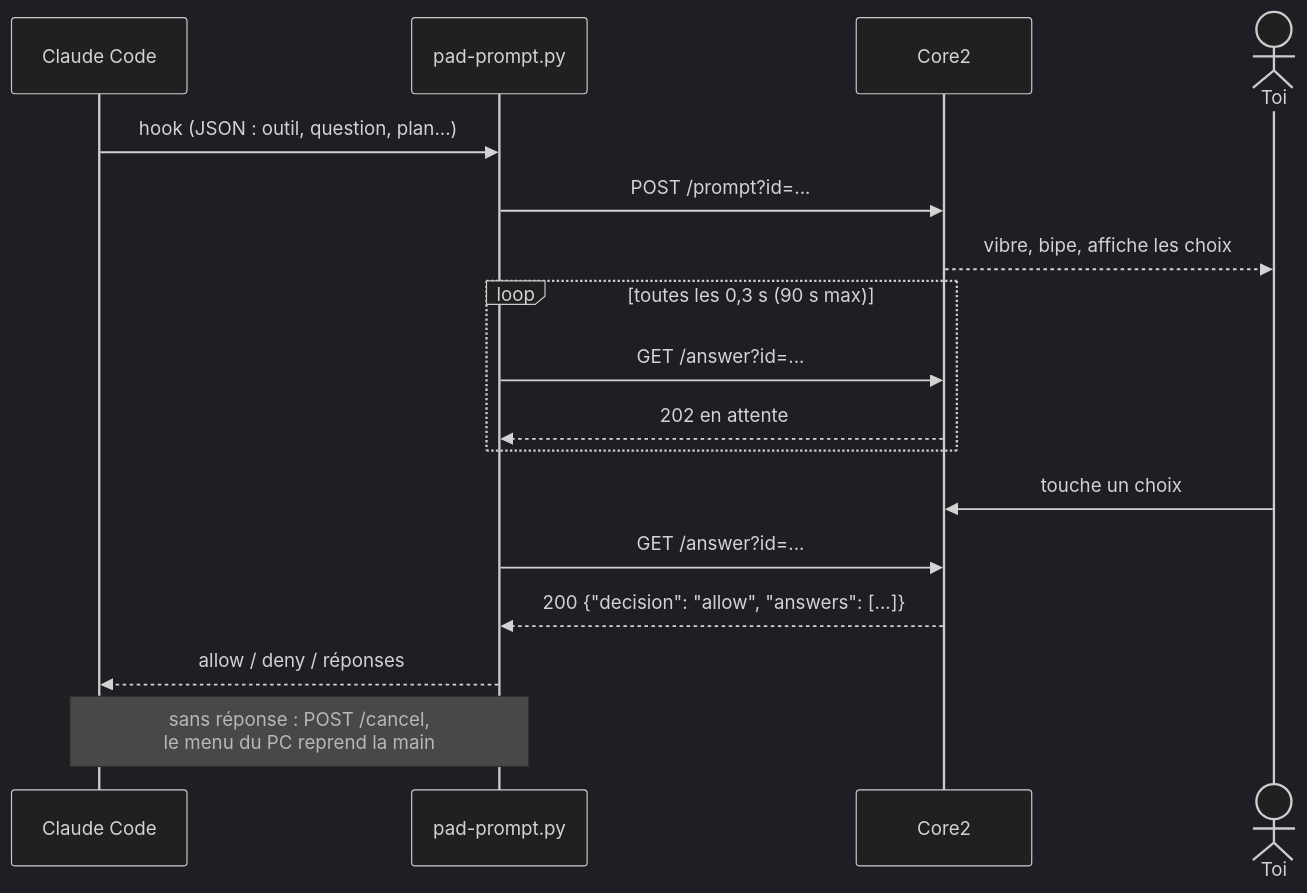
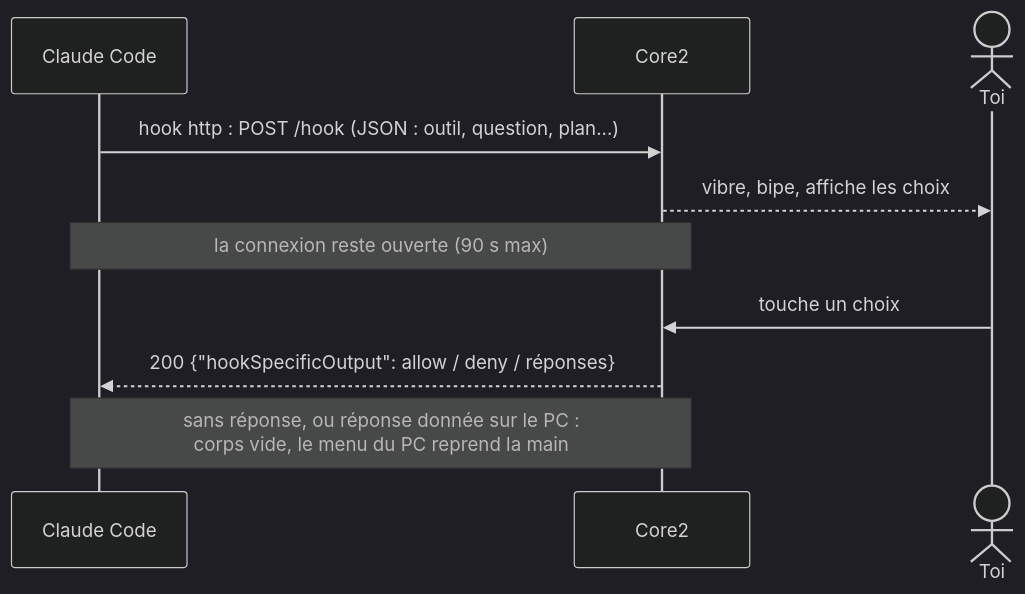
One commit to suchalouis/claude-device changed the second of 2 diagrams in README.md. Above: the diagram before and after it, drawn with Mermaid (dark theme). The commit also changed other lines of this file and 7 other files, not shown here.

First line of the commit message:
Hooks HTTP, réponse en direct avec défilement, chrono retiré

````diff
--- a/README.md
+++ b/README.md
@@ -58,19 +59,12 @@
 ```mermaid
 sequenceDiagram
   participant CC as Claude Code
-  participant P as pad-prompt.py
   participant Pad as Core2
   actor Toi
-  CC->>P: hook (JSON : outil, question, plan...)
-  P->>Pad: POST /prompt?id=...
+  CC->>Pad: hook http : POST /hook (JSON : outil, question, plan...)
   Pad-->>Toi: vibre, bipe, affiche les choix
-  loop toutes les 0,3 s (90 s max)
-    P->>Pad: GET /answer?id=...
-    Pad-->>P: 202 en attente
-  end
+  Note over CC,Pad: la connexion reste ouverte (90 s max)
   Toi->>Pad: touche un choix
-  P->>Pad: GET /answer?id=...
-  Pad-->>P: 200 {"decision": "allow", "answers": [...]}
-  P-->>CC: allow / deny / réponses
-  Note over P,CC: sans réponse : POST /cancel,<br/>le menu du PC reprend la main
+  Pad-->>CC: 200 {"hookSpecificOutput": allow / deny / réponses}
+  Note over CC,Pad: sans réponse, ou réponse donnée sur le PC :<br/>corps vide, le menu du PC reprend la main
 ```
````
